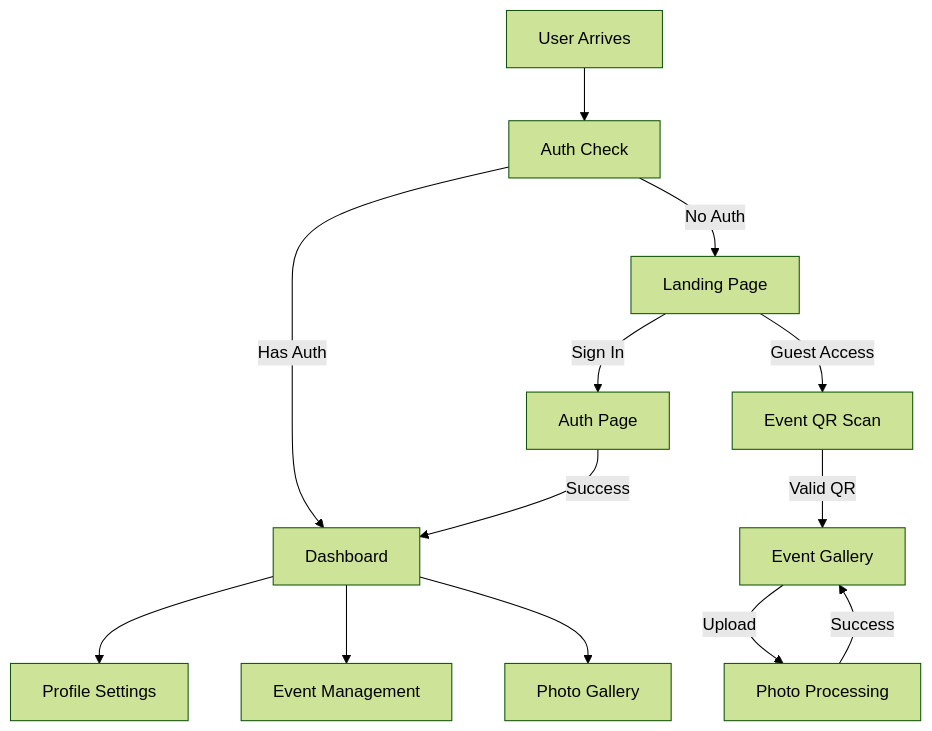
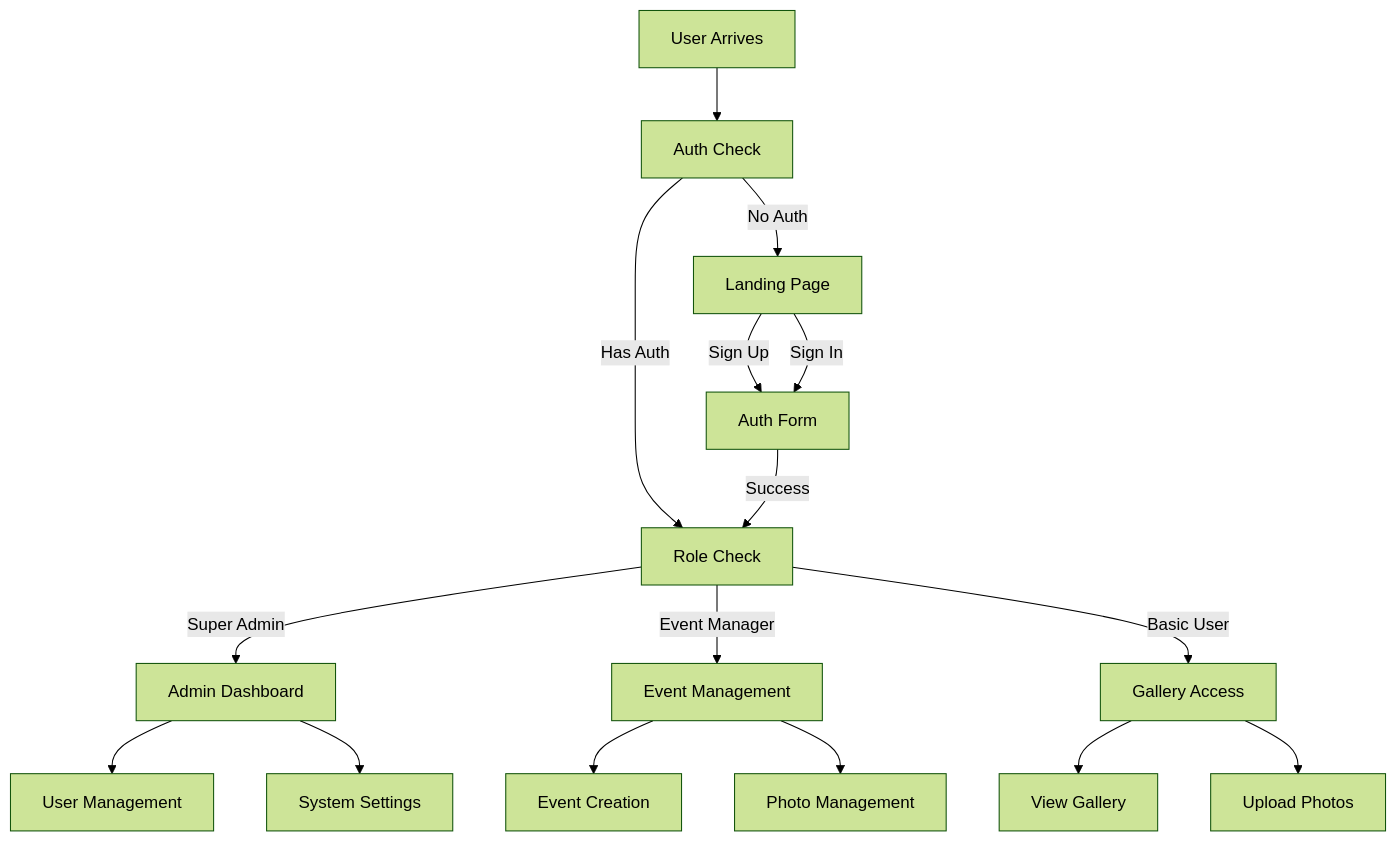
The diagram in docs/user-flows/user_flow_chart.md (mrj0nesmtl/cloud-burst), drawn with Mermaid (forest theme) before and after one commit. The commit also changed other lines of this file and 99 other files, not shown here.

````diff
--- a/docs/user-flows/user_flow_chart.md
+++ b/docs/user-flows/user_flow_chart.md
@@ -4,19 +7,24 @@
 ```mermaid
 flowchart TD
     A[User Arrives] --> B[Auth Check]
     B --> |No Auth| C[Landing Page]
-    B --> |Has Auth| D[Dashboard]
+    B --> |Has Auth| D[Role Check]
     
-    C --> |Sign In| E[Auth Page]
-    C --> |Guest Access| F[Event QR Scan]
+    C --> |Sign Up| E[Auth Form]
+    C --> |Sign In| E
     
     E --> |Success| D
-    F --> |Valid QR| G[Event Gallery]
     
-    D --> H[Profile Settings]
-    D --> I[Event Management]
-    D --> J[Photo Gallery]
+    D --> |Super Admin| F[Admin Dashboard]
+    D --> |Event Manager| G[Event Management]
+    D --> |Basic User| H[Gallery Access]
     
-    G --> |Upload| K[Photo Processing]
-    K --> |Success| G
+    F --> I[User Management]
+    F --> J[System Settings]
+    
+    G --> K[Event Creation]
+    G --> L[Photo Management]
+    
+    H --> M[View Gallery]
+    H --> N[Upload Photos]
 ```
````
